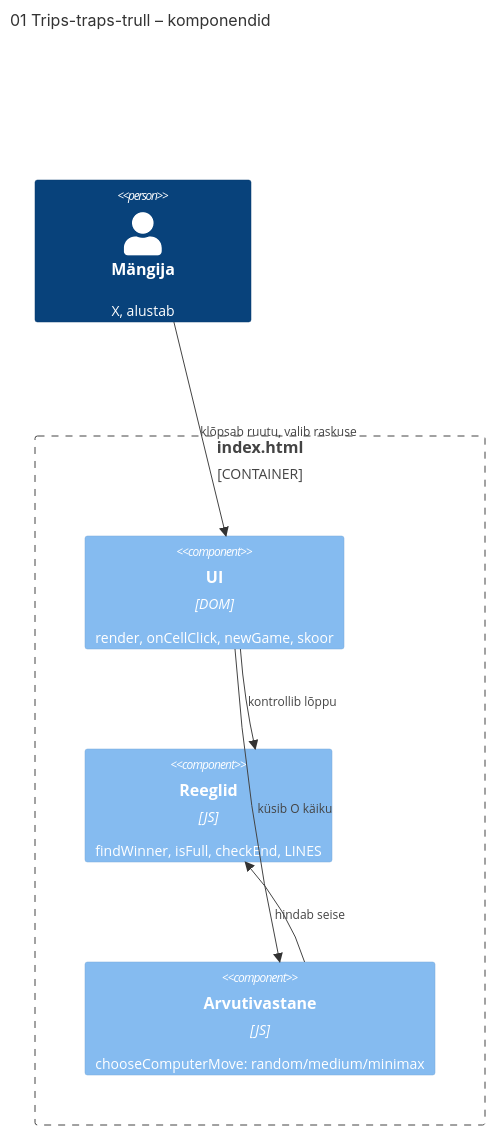
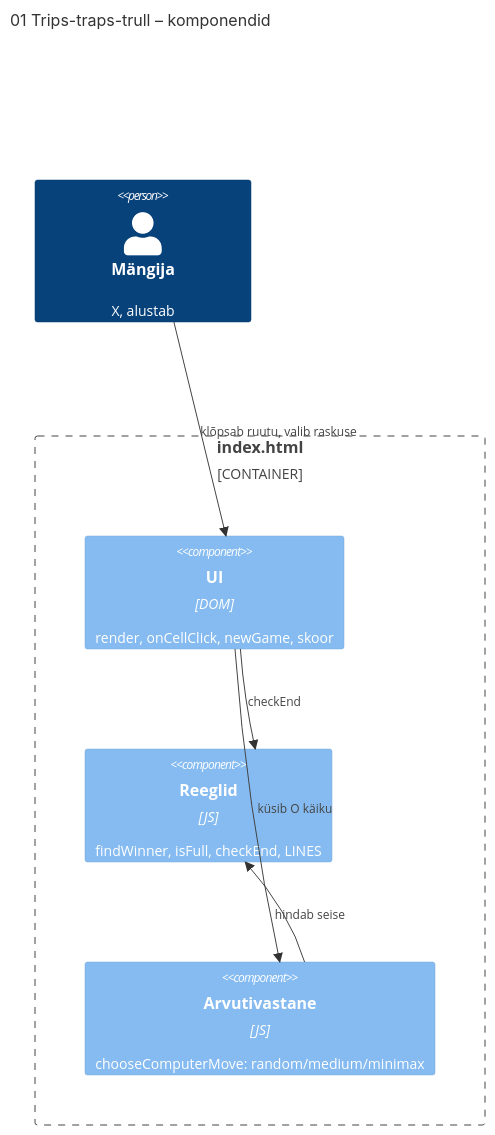
One commit to karelkan/agentne-arendus changed the diagram in docs/c4/L3-01-esimene-proov.md. Above: the diagram before and after it, drawn with Mermaid. The commit also changed 9 other files, not shown here.

````diff
--- a/docs/c4/L3-01-esimene-proov.md
+++ b/docs/c4/L3-01-esimene-proov.md
@@ -4,14 +4,14 @@
 ```mermaid
 C4Component
 title 01 Trips-traps-trull – komponendid
 Person(player, "Mängija", "X, alustab")
 Container_Boundary(app, "index.html", "HTML/CSS/JS, brauser") {
   Component(ui, "UI", "DOM", "render, onCellClick, newGame, skoor")
   Component(rules, "Reeglid", "JS", "findWinner, isFull, checkEnd, LINES")
   Component(ai, "Arvutivastane", "JS", "chooseComputerMove: random/medium/minimax")
 }
 Rel(player, ui, "klõpsab ruutu, valib raskuse")
-Rel(ui, rules, "kontrollib lõppu")
+Rel(ui, rules, "checkEnd")
 Rel(ui, ai, "küsib O käiku")
 Rel(ai, rules, "hindab seise")
 ```
````
